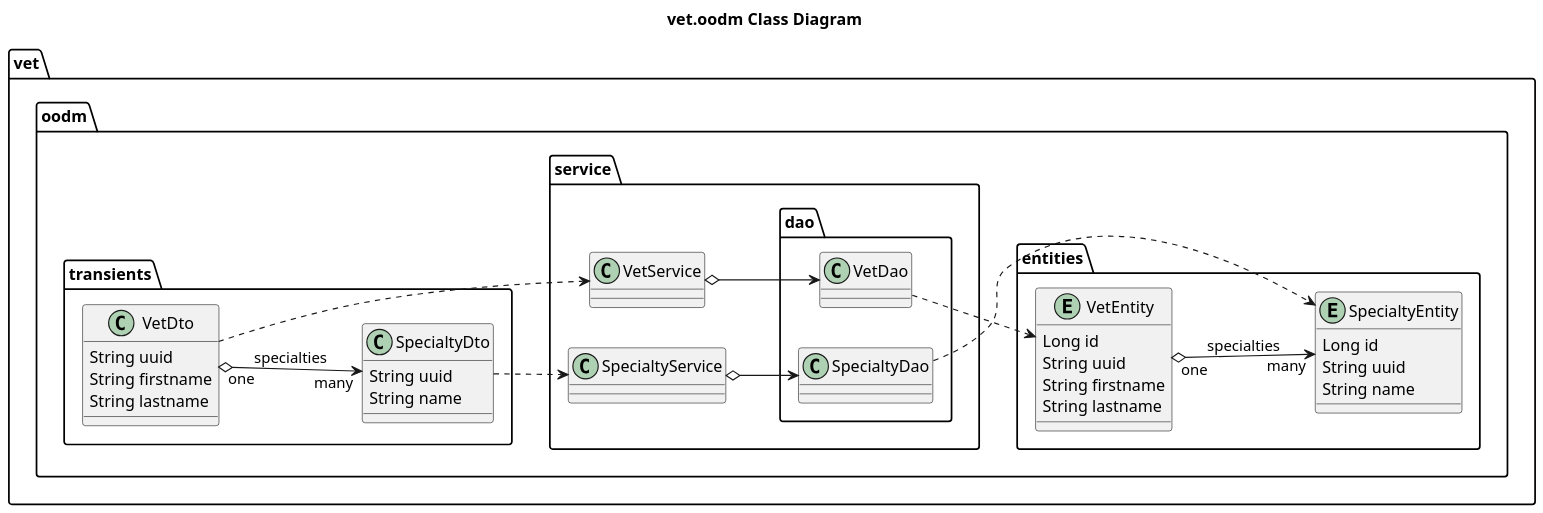
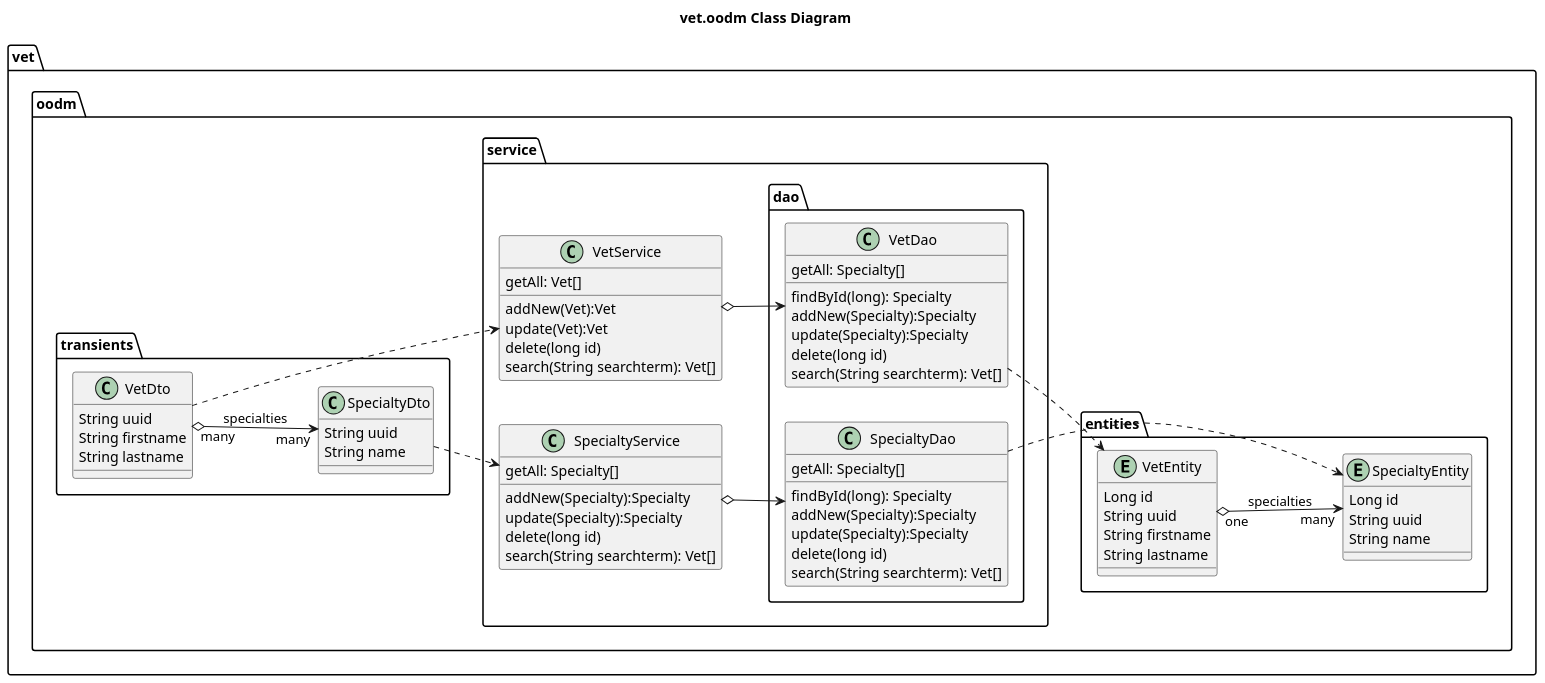
Before and after one commit to Jakarta-EE-Petclinic/petclinic-uml: the diagram in etc/puml/vet/DB__Class.puml, drawn with PlantUML. The commit also changed 3 other files, not shown here.

```diff
--- a/etc/puml/vet/DB__Class.puml
+++ b/etc/puml/vet/DB__Class.puml
@@ -1,77 +1,95 @@
 @startuml
 'https://plantuml.com/class-diagram
 
 title vet.oodm Class Diagram
 
 left to right direction
 'top to bottom direction
 
 scale 2000 width
 
 package vet.oodm {
 
     package vet.oodm.entities {
 
         entity VetEntity {
             Long id
             String uuid
             String firstname
             String lastname
         }
 
         entity SpecialtyEntity {
             Long id
             String uuid
             String name
         }
 
         VetEntity "one" o--> "many" SpecialtyEntity: specialties
     }
 
     package vet.oodm.service {
 
         class VetService {
-
+            getAll: Vet[]
+            addNew(Vet):Vet
+            update(Vet):Vet
+            delete(long id)
+            search(String searchterm): Vet[]
         }
 
         class SpecialtyService {
-
+            getAll: Specialty[]
+            addNew(Specialty):Specialty
+            update(Specialty):Specialty
+            delete(long id)
+            search(String searchterm): Vet[]
         }
 
         package vet.oodm.service.dao {
             class VetDao {
-
+                getAll: Specialty[]
+                findById(long): Specialty
+                addNew(Specialty):Specialty
+                update(Specialty):Specialty
+                delete(long id)
+                search(String searchterm): Vet[]
             }
             class SpecialtyDao {
-
+                getAll: Specialty[]
+                findById(long): Specialty
+                addNew(Specialty):Specialty
+                update(Specialty):Specialty
+                delete(long id)
+                search(String searchterm): Vet[]
             }
         }
 
         VetService o--> VetDao
         SpecialtyService o--> SpecialtyDao
 
         VetDao ..> VetEntity
         SpecialtyDao ..> SpecialtyEntity
     }
 
     package vet.oodm.transients {
 
         class VetDto {
             String uuid
             String firstname
             String lastname
         }
 
         class SpecialtyDto {
             String uuid
             String name
         }
 
-        VetDto "one" o--> "many" SpecialtyDto: specialties
+        VetDto "many" o--> "many" SpecialtyDto: specialties
 
         VetDto ..> VetService
         SpecialtyDto ..> SpecialtyService
     }
 }
 
 @enduml
```
